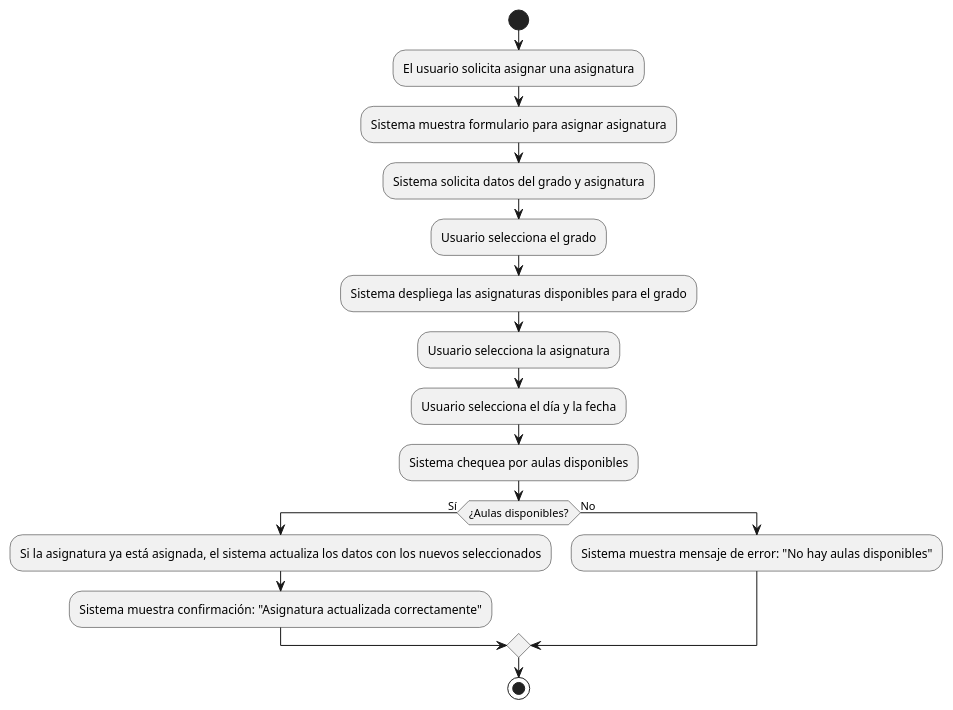
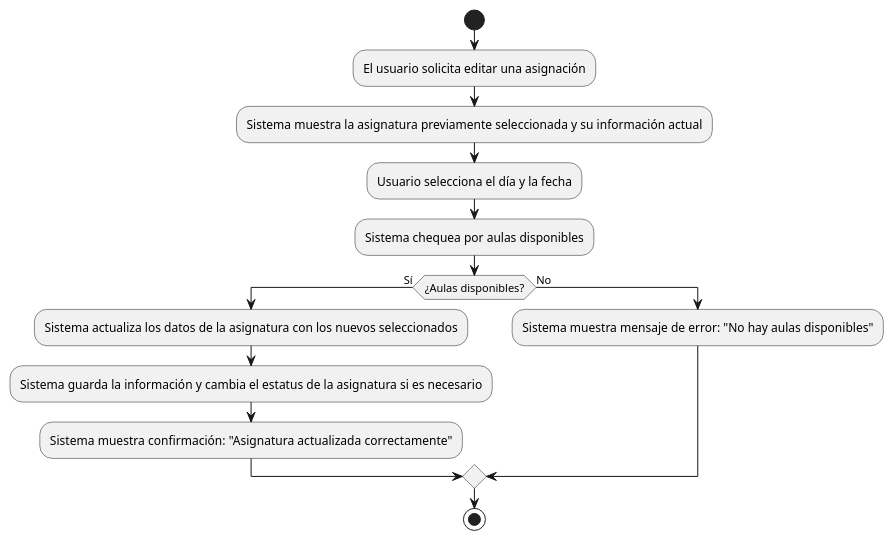
One commit to mmasias/24-25-IdSw1-SDR changed the diagram in casosDeUso/plantUML/EditarAsignación.puml. Above: the diagram before and after it, drawn with PlantUML. The commit also changed other lines of this file and 11 other files, not shown here.

```diff
--- a/casosDeUso/plantUML/EditarAsignación.puml
+++ b/casosDeUso/plantUML/EditarAsignación.puml
@@ -1,18 +1,16 @@
 @startuml
 start
-:El usuario solicita asignar una asignatura;
-:Sistema muestra formulario para asignar asignatura;
-:Sistema solicita datos del grado y asignatura;
-:Usuario selecciona el grado;
-:Sistema despliega las asignaturas disponibles para el grado;
-:Usuario selecciona la asignatura;
+:El usuario solicita editar una asignación;
+:Sistema muestra la asignatura previamente seleccionada y su información actual;
+
 :Usuario selecciona el día y la fecha;
 :Sistema chequea por aulas disponibles;
 if (¿Aulas disponibles?) then (Sí)
-  :Si la asignatura ya está asignada, el sistema actualiza los datos con los nuevos seleccionados;
+  :Sistema actualiza los datos de la asignatura con los nuevos seleccionados;
+  :Sistema guarda la información y cambia el estatus de la asignatura si es necesario;
   :Sistema muestra confirmación: "Asignatura actualizada correctamente";
 else (No)
   :Sistema muestra mensaje de error: "No hay aulas disponibles";
 endif
 stop
 @enduml
```
